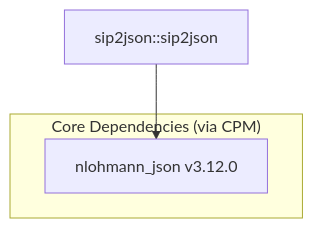
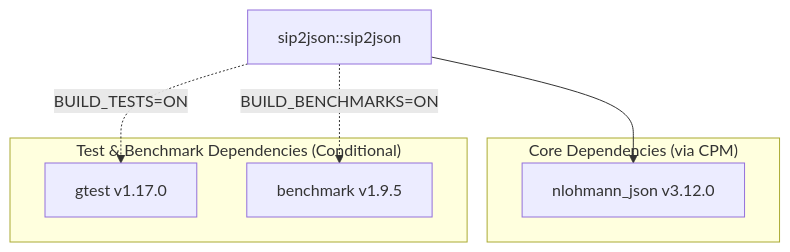
One commit to SiddiqSoft/sip2json changed the diagram in docs/quickstart/dependencies.md. Above: the diagram before and after it, drawn with Mermaid. The commit also changed other lines of this file and 42 other files, not shown here.

Commit message:
docs: standardize documentation, Doxygen AST, UML class diagrams, and CI publication

````diff
--- a/docs/quickstart/dependencies.md
+++ b/docs/quickstart/dependencies.md
@@ -7,10 +7,17 @@
 ```mermaid
 graph TD
     sip2json["sip2json::sip2json"]
 
     subgraph Core["Core Dependencies (via CPM)"]
         NLOHMANNJSON["nlohmann_json v3.12.0"]
     end
 
+    subgraph TestBench["Test & Benchmark Dependencies (Conditional)"]
+        GTEST["gtest v1.17.0"]
+        BENCHMARK["benchmark v1.9.5"]
+    end
+
     sip2json --> NLOHMANNJSON
+    sip2json -.->|BUILD_TESTS=ON| GTEST
+    sip2json -.->|BUILD_BENCHMARKS=ON| BENCHMARK
 ```
````
